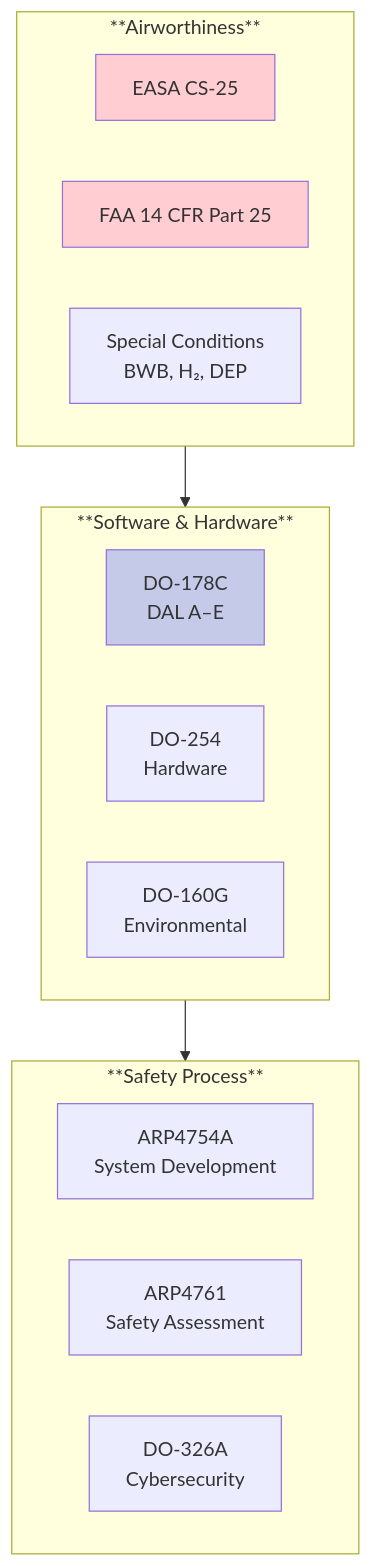
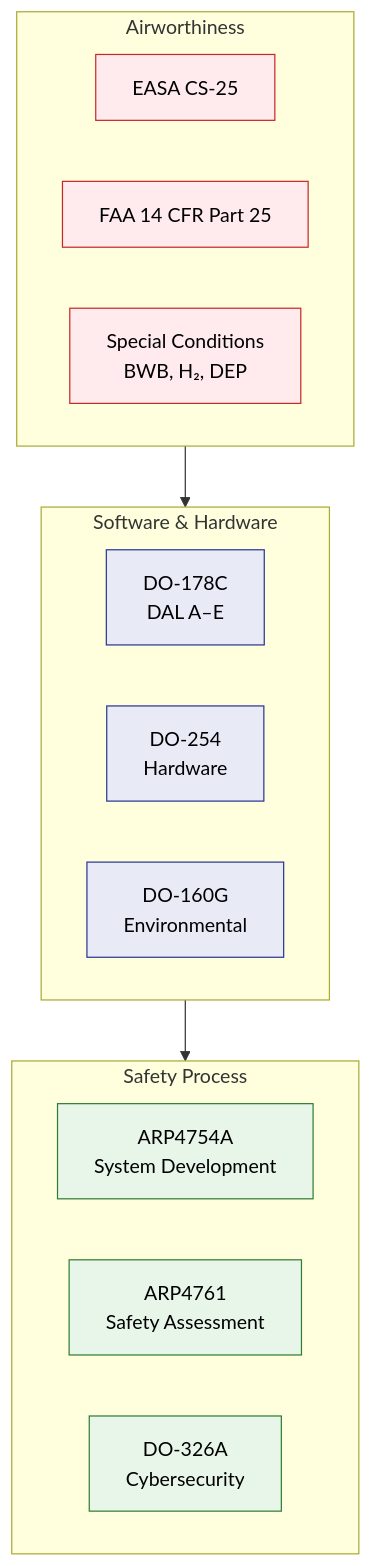
Before and after one commit to AmedeoPelliccia/AMPEL360-BWB-H2-Hy-E: the sixth of 6 diagrams in README.md, drawn with Mermaid. The commit also changed other lines of this file, not shown here.

````diff
--- a/README.md
+++ b/README.md
@@ -287,26 +314,37 @@
 ```mermaid
 flowchart TB
-    subgraph Primary["**Airworthiness**"]
+    subgraph Primary["Airworthiness"]
         EASA["EASA CS-25"]
         FAA["FAA 14 CFR Part 25"]
         SC["Special Conditions<br/>BWB, H₂, DEP"]
     end
 
-    subgraph SW["**Software & Hardware**"]
+    subgraph SW["Software & Hardware"]
         DO178["DO-178C<br/>DAL A–E"]
         DO254["DO-254<br/>Hardware"]
         DO160["DO-160G<br/>Environmental"]
     end
 
-    subgraph Safety["**Safety Process**"]
+    subgraph Safety["Safety Process"]
         ARP4754["ARP4754A<br/>System Development"]
         ARP4761["ARP4761<br/>Safety Assessment"]
         DO326["DO-326A<br/>Cybersecurity"]
     end
 
     Primary --> SW --> Safety
 
-    style EASA fill:#ffcdd2
-    style FAA fill:#ffcdd2
-    style DO178 fill:#c5cae9
+    %% Airworthiness nodes
+    style EASA fill:#ffebee,stroke:#c62828,stroke-width:1px,color:#000
+    style FAA fill:#ffebee,stroke:#c62828,stroke-width:1px,color:#000
+    style SC   fill:#ffebee,stroke:#c62828,stroke-width:1px,color:#000
+
+    %% Software & Hardware nodes
+    style DO178 fill:#e8eaf6,stroke:#283593,stroke-width:1px,color:#000
+    style DO254 fill:#e8eaf6,stroke:#283593,stroke-width:1px,color:#000
+    style DO160 fill:#e8eaf6,stroke:#283593,stroke-width:1px,color:#000
+
+    %% Safety Process nodes
+    style ARP4754 fill:#e8f5e9,stroke:#2e7d32,stroke-width:1px,color:#000
+    style ARP4761 fill:#e8f5e9,stroke:#2e7d32,stroke-width:1px,color:#000
+    style DO326  fill:#e8f5e9,stroke:#2e7d32,stroke-width:1px,color:#000
 ```
````
